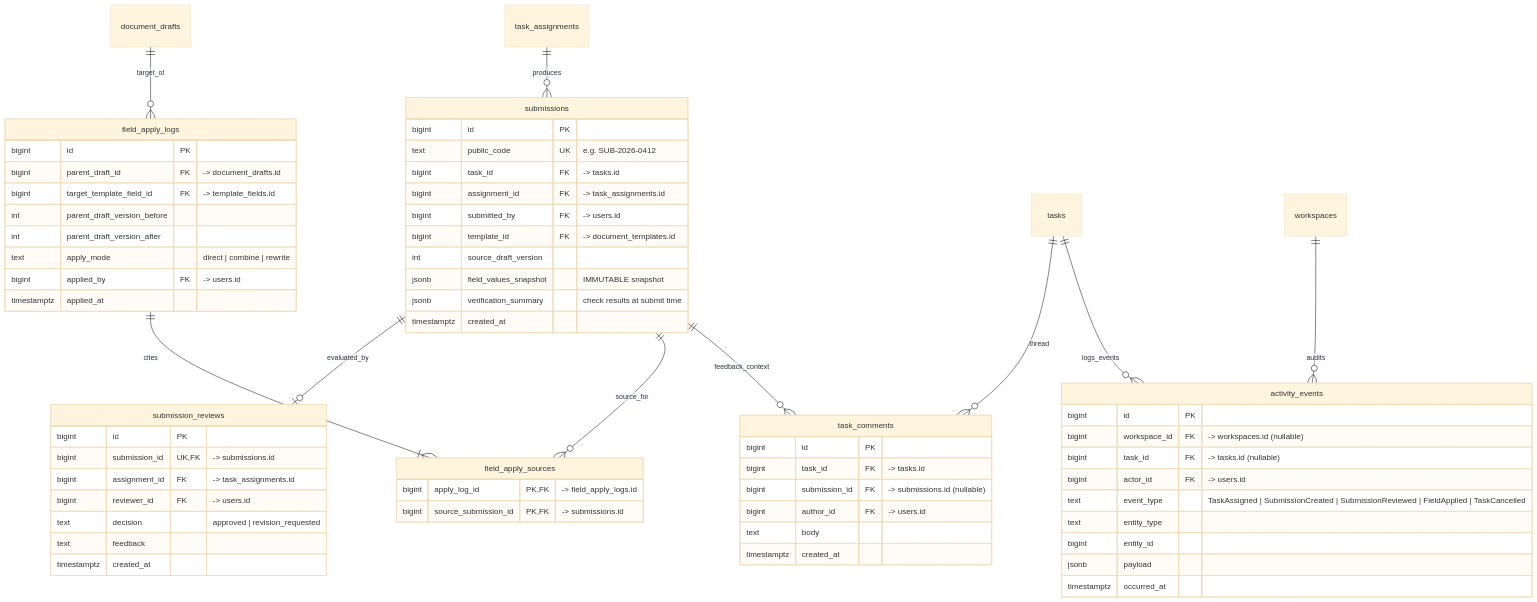
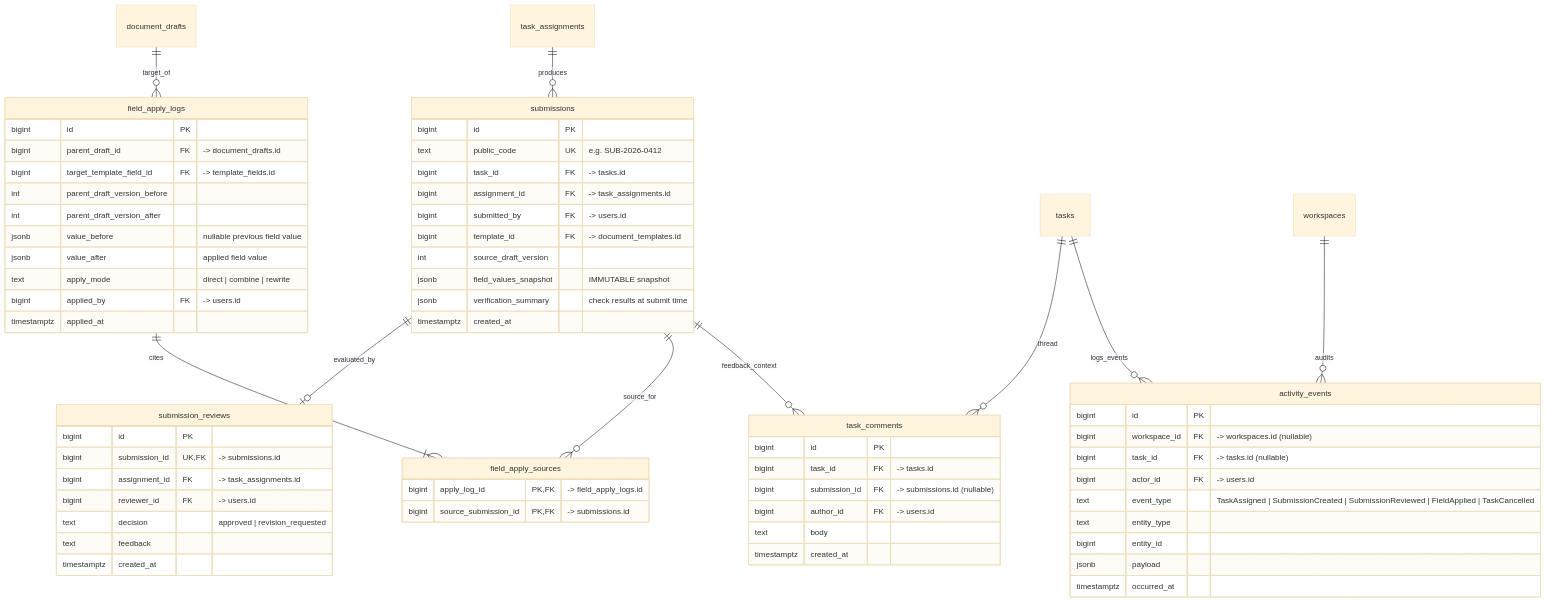
The seventh of 7 diagrams in docs/analysis-and-design/database-overview.md (buitrong06/CS300-DocumentFromForm), drawn with Mermaid (base theme) before and after one commit. The commit also changed other lines of this file and 9 other files, not shown here.

Commit message:
docs: align communication domain with DB schema and resolve ISS-004, ISS-005

````diff
--- a/docs/analysis-and-design/database-overview.md
+++ b/docs/analysis-and-design/database-overview.md
@@ -314,67 +314,69 @@
 ```mermaid
 erDiagram
     task_assignments ||--o{ submissions : "produces"
     submissions ||--o| submission_reviews : "evaluated_by"
     document_drafts ||--o{ field_apply_logs : "target_of"
     field_apply_logs ||--|{ field_apply_sources : "cites"
     submissions ||--o{ field_apply_sources : "source_for"
     tasks ||--o{ task_comments : "thread"
     submissions ||--o{ task_comments : "feedback_context"
     workspaces ||--o{ activity_events : "audits"
     tasks ||--o{ activity_events : "logs_events"
 
     submissions {
         bigint id PK
         text public_code UK "e.g. SUB-2026-0412"
         bigint task_id FK "-> tasks.id"
         bigint assignment_id FK "-> task_assignments.id"
         bigint submitted_by FK "-> users.id"
         bigint template_id FK "-> document_templates.id"
         int source_draft_version
         jsonb field_values_snapshot "IMMUTABLE snapshot"
         jsonb verification_summary "check results at submit time"
         timestamptz created_at
     }
     submission_reviews {
         bigint id PK
         bigint submission_id UK,FK "-> submissions.id"
         bigint assignment_id FK "-> task_assignments.id"
         bigint reviewer_id FK "-> users.id"
         text decision "approved | revision_requested"
         text feedback
         timestamptz created_at
     }
     field_apply_logs {
         bigint id PK
         bigint parent_draft_id FK "-> document_drafts.id"
         bigint target_template_field_id FK "-> template_fields.id"
         int parent_draft_version_before
         int parent_draft_version_after
+        jsonb value_before "nullable previous field value"
+        jsonb value_after "applied field value"
         text apply_mode "direct | combine | rewrite"
         bigint applied_by FK "-> users.id"
         timestamptz applied_at
     }
     field_apply_sources {
         bigint apply_log_id PK,FK "-> field_apply_logs.id"
         bigint source_submission_id PK,FK "-> submissions.id"
     }
     task_comments {
         bigint id PK
         bigint task_id FK "-> tasks.id"
         bigint submission_id FK "-> submissions.id (nullable)"
         bigint author_id FK "-> users.id"
         text body
         timestamptz created_at
     }
     activity_events {
         bigint id PK
         bigint workspace_id FK "-> workspaces.id (nullable)"
         bigint task_id FK "-> tasks.id (nullable)"
         bigint actor_id FK "-> users.id"
         text event_type "TaskAssigned | SubmissionCreated | SubmissionReviewed | FieldApplied | TaskCancelled"
         text entity_type
         bigint entity_id
         jsonb payload
         timestamptz occurred_at
     }
 ```
````
